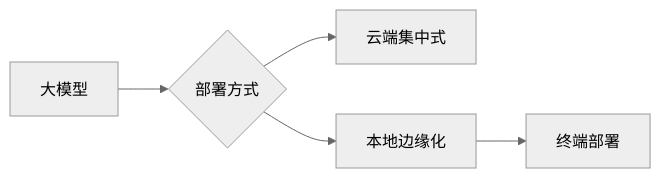
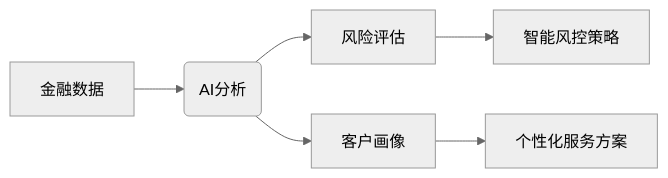
One commit to MoLing-Dong/AITools changed the diagram in output.md. Above: the diagram before and after it, drawn with Mermaid (neutral theme). The commit also changed other lines of this file and 3 other files, not shown here.

````diff
--- a/output.md
+++ b/output.md
@@ -21,7 +15,8 @@
 ```mermaid
 graph LR
-A[大模型] --> B{部署方式}
-B --> C[云端集中式]
-B --> D[本地边缘化]
-D --> E[终端部署]
+A[金融数据] --> B(AI分析)
+B --> C[风险评估]
+B --> D[客户画像]
+C --> E[智能风控策略]
+D --> F[个性化服务方案]
 ```
````
